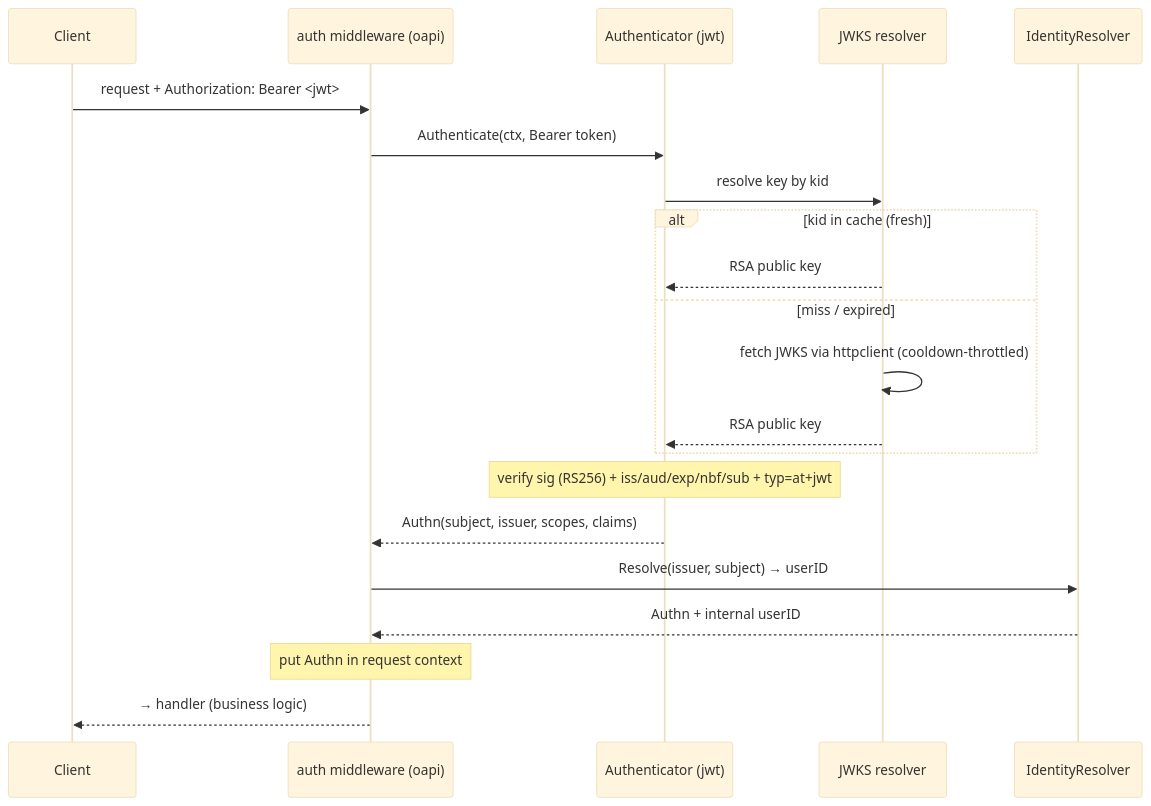
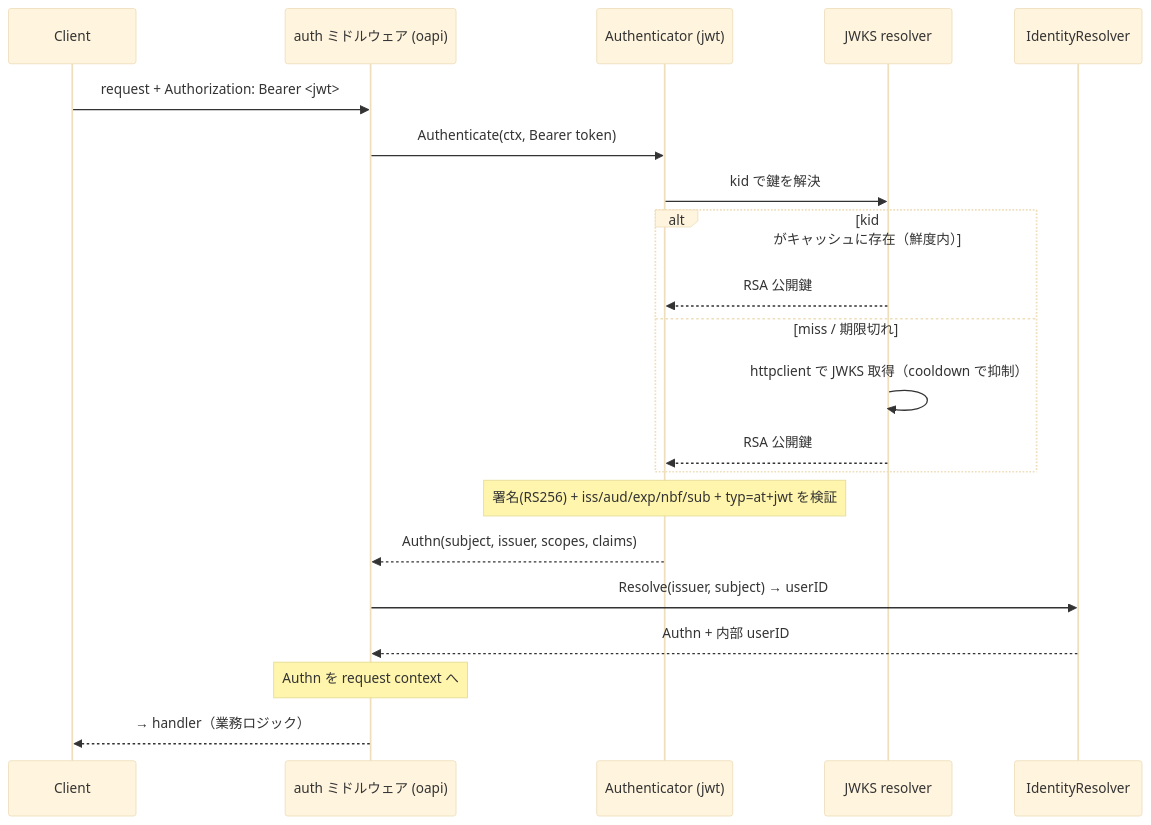
Before and after one commit to Tomy-ch/go-boilerplate: the first of 3 diagrams in docs/design/auth.md, drawn with Mermaid (base theme). The commit also changed other lines of this file and 970 other files, not shown here.

````diff
--- a/docs/design/auth.md
+++ b/docs/design/auth.md
@@ -70,23 +70,23 @@
 ```mermaid
 sequenceDiagram
     participant C as Client
-    participant MW as auth middleware (oapi)
+    participant MW as auth ミドルウェア (oapi)
     participant A as Authenticator (jwt)
     participant J as JWKS resolver
     participant R as IdentityResolver
     C->>MW: request + Authorization: Bearer <jwt>
     MW->>A: Authenticate(ctx, Bearer token)
-    A->>J: resolve key by kid
-    alt kid in cache (fresh)
-        J-->>A: RSA public key
-    else miss / expired
-        J->>J: fetch JWKS via httpclient (cooldown-throttled)
-        J-->>A: RSA public key
+    A->>J: kid で鍵を解決
+    alt kid がキャッシュに存在（鮮度内）
+        J-->>A: RSA 公開鍵
+    else miss / 期限切れ
+        J->>J: httpclient で JWKS 取得（cooldown で抑制）
+        J-->>A: RSA 公開鍵
     end
-    Note over A: verify sig (RS256) + iss/aud/exp/nbf/sub + typ=at+jwt
+    Note over A: 署名(RS256) + iss/aud/exp/nbf/sub + typ=at+jwt を検証
     A-->>MW: Authn(subject, issuer, scopes, claims)
     MW->>R: Resolve(issuer, subject) → userID
-    R-->>MW: Authn + internal userID
-    Note over MW: put Authn in request context
-    MW-->>C: → handler (business logic)
+    R-->>MW: Authn + 内部 userID
+    Note over MW: Authn を request context へ
+    MW-->>C: → handler（業務ロジック）
 ```
````
